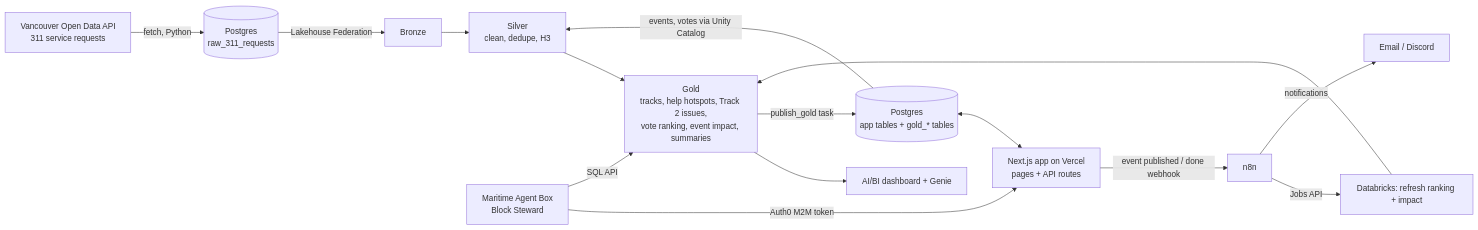
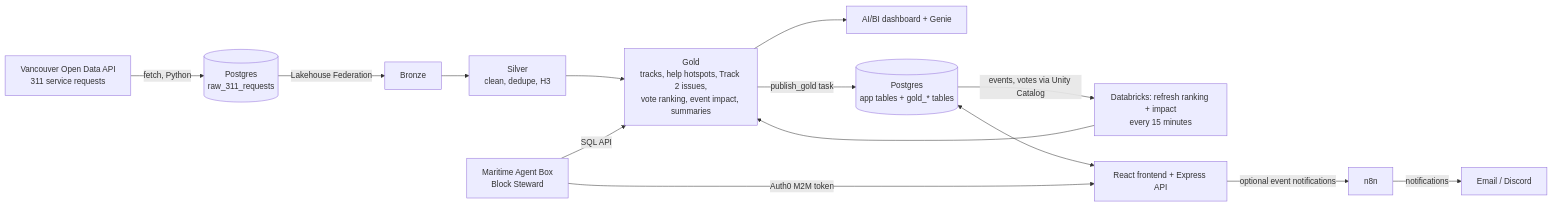
Before and after one commit to bg-06/HackCamp-2026: the second of 2 diagrams in plan.md, drawn with Mermaid. The commit also changed other lines of this file, not shown here.

Commit message:
Align architecture and event-completion plan with native refresh

````diff
--- a/plan.md
+++ b/plan.md
@@ -253,17 +253,16 @@
 ```mermaid
 flowchart LR
     A[Vancouver Open Data API<br/>311 service requests] -->|fetch, Python| PR[(Postgres<br/>raw_311_requests)]
     PR -->|Lakehouse Federation| C[Bronze]
     C --> D[Silver<br/>clean, dedupe, H3]
     D --> E[Gold<br/>tracks, help hotspots, Track 2 issues,<br/>vote ranking, event impact, summaries]
     E --> M[AI/BI dashboard + Genie]
     E -->|publish_gold task| P[(Postgres<br/>app tables + gold_* tables)]
-    P -->|events, votes via Unity Catalog| D
-    P <--> F[Next.js app on Vercel<br/>pages + API routes]
-    F -->|event published / done webhook| N[n8n]
-    N -->|Jobs API| R[Databricks: refresh ranking + impact]
+    P -->|events, votes via Unity Catalog| R[Databricks: refresh ranking + impact<br/>every 15 minutes]
+    P <--> F[React frontend + Express API]
+    F -->|optional event notifications| N[n8n]
     R --> E
     S[Maritime Agent Box<br/>Block Steward] -->|Auth0 M2M token| F
     S -->|SQL API| E
     N -->|notifications| X[Email / Discord]
 ```
````
